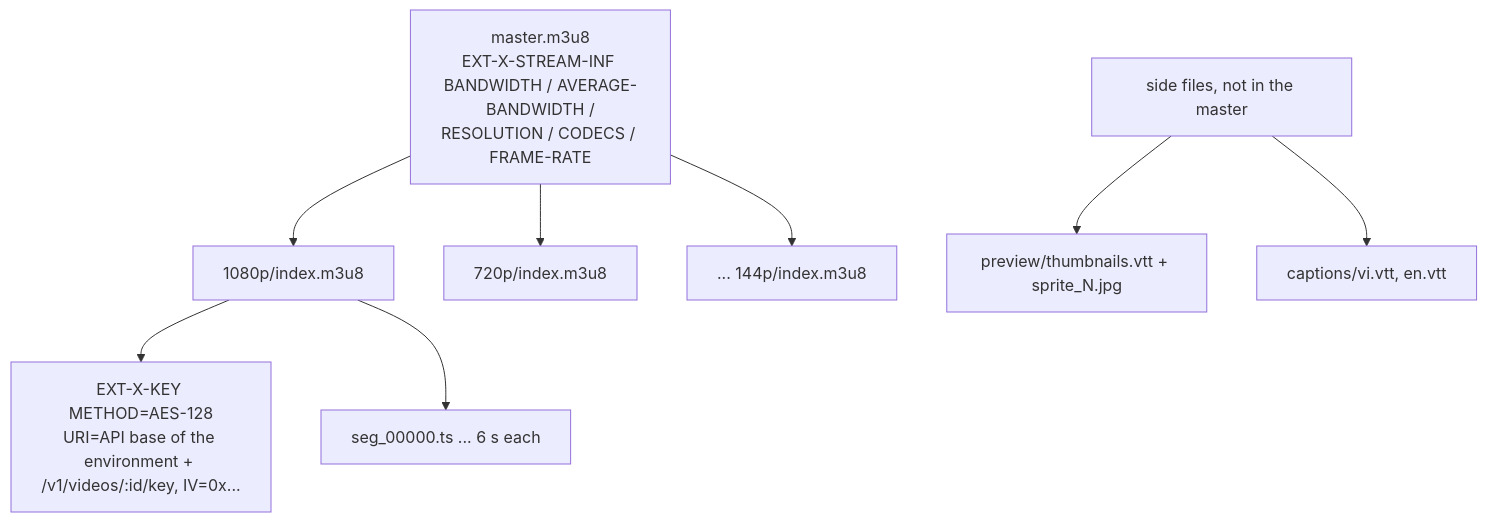
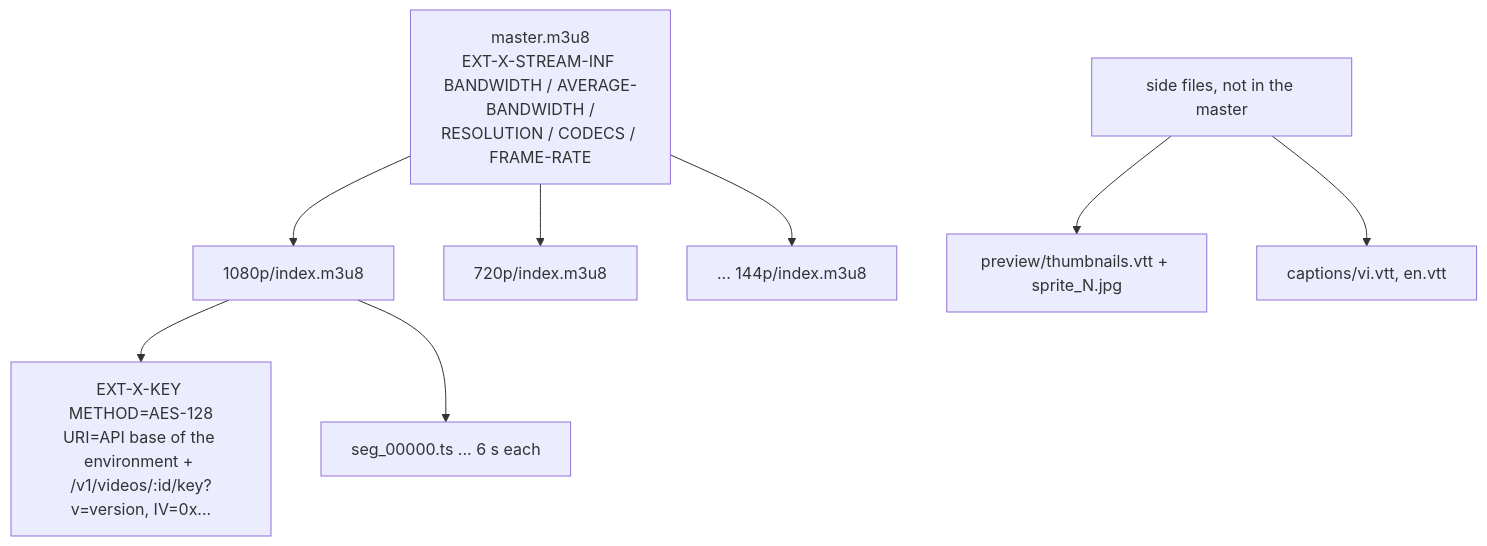
The third of 7 diagrams in docs/ARCHITECTURE.md (DinhQuocCuong28664/DACNTT_VideoStreaming), drawn with Mermaid before and after one commit. The commit also changed 6 other files, not shown here.

First line of the commit message:
fix(shared): put the upload version in the key URI

````diff
--- a/docs/ARCHITECTURE.md
+++ b/docs/ARCHITECTURE.md
@@ -218,11 +218,11 @@
 ```mermaid
 flowchart TD
   M[master.m3u8<br/>EXT-X-STREAM-INF BANDWIDTH / AVERAGE-BANDWIDTH /<br/>RESOLUTION / CODECS / FRAME-RATE]
   M --> R1[1080p/index.m3u8]
   M --> R2[720p/index.m3u8]
   M --> R3[... 144p/index.m3u8]
-  R1 --> K[EXT-X-KEY METHOD=AES-128<br/>URI=API base of the environment + /v1/videos/:id/key, IV=0x...]
+  R1 --> K[EXT-X-KEY METHOD=AES-128<br/>URI=API base of the environment + /v1/videos/:id/key?v=version, IV=0x...]
   R1 --> S1[seg_00000.ts ... 6 s each]
   X[side files, not in the master] --> T[preview/thumbnails.vtt + sprite_N.jpg]
   X --> C[captions/vi.vtt, en.vtt]
 ```
````
